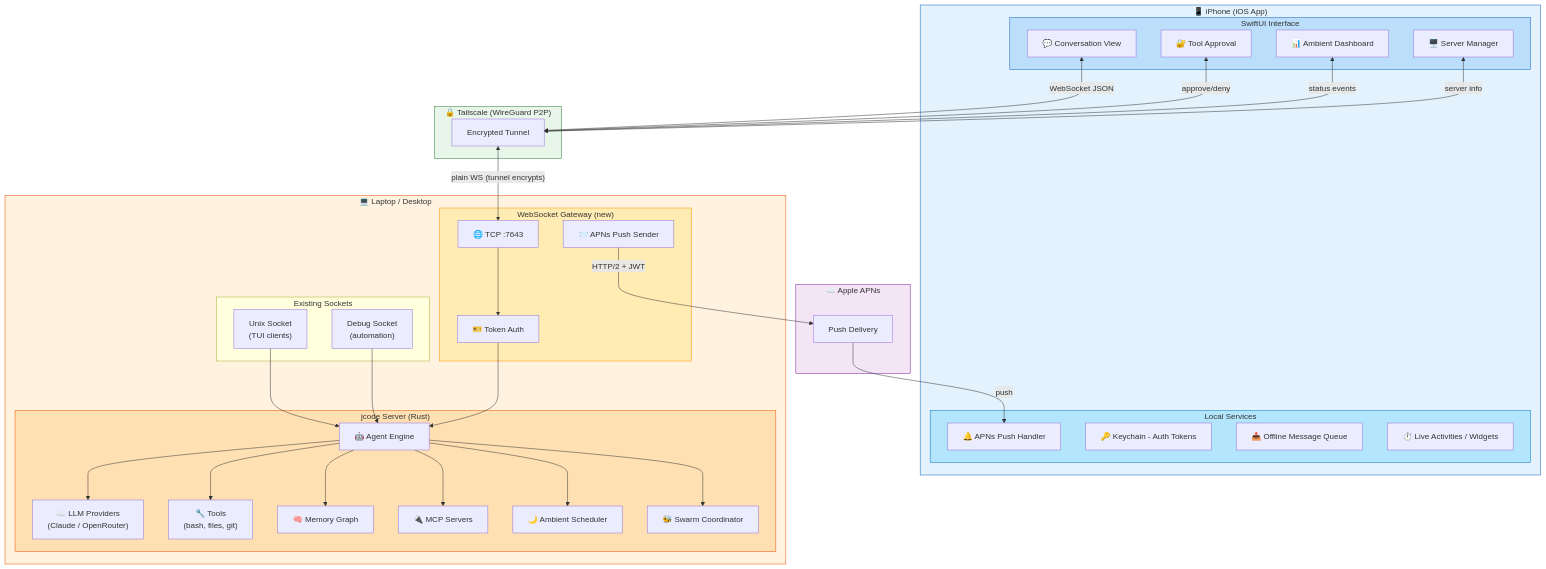
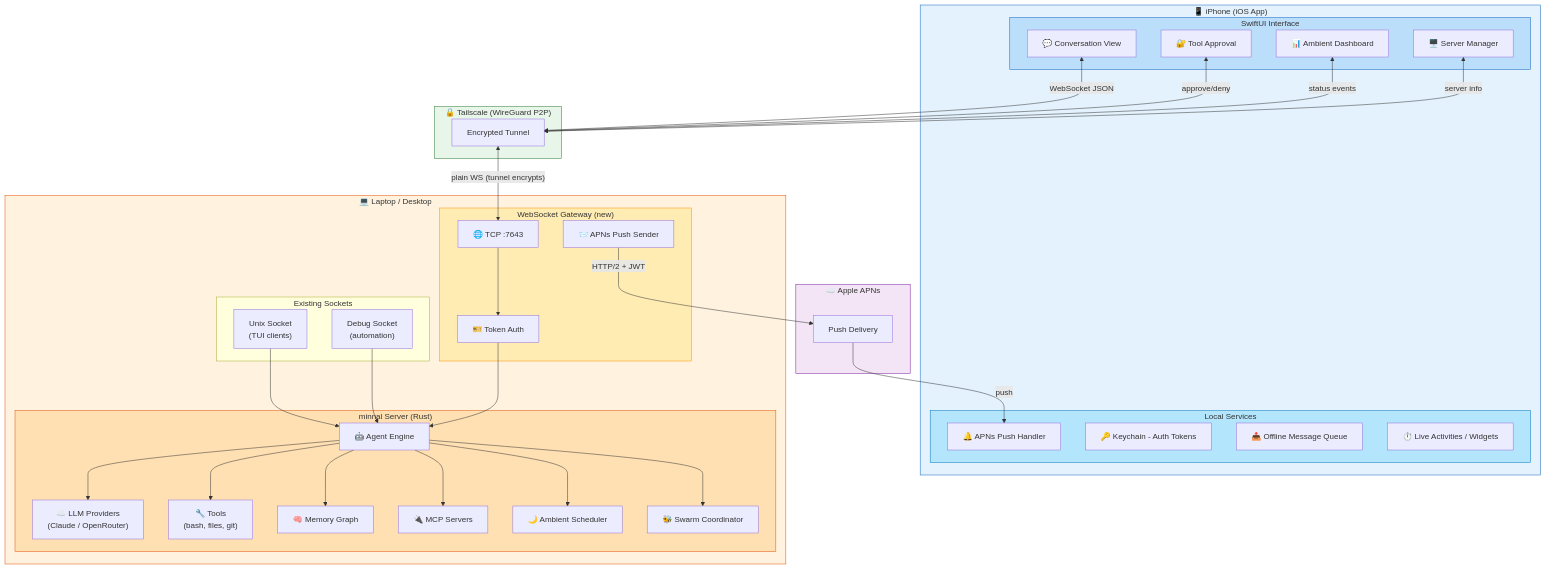
One commit to iamrohithrnair/minnal changed the first of 2 diagrams in docs/IOS_CLIENT.md. Above: the diagram before and after it, drawn with Mermaid. The commit also changed other lines of this file and 918 other files, not shown here.

````diff
--- a/docs/IOS_CLIENT.md
+++ b/docs/IOS_CLIENT.md
@@ -23,72 +23,72 @@
 ```mermaid
 graph TB
     subgraph iPhone ["📱 iPhone (iOS App)"]
         subgraph SwiftUI ["SwiftUI Interface"]
             CV[💬 Conversation View]
             TA[🔐 Tool Approval]
             AD[📊 Ambient Dashboard]
             SM[🖥️ Server Manager]
         end
         subgraph LocalSvc ["Local Services"]
             APNs_H[🔔 APNs Push Handler]
             KC[🔑 Keychain - Auth Tokens]
             OQ[📤 Offline Message Queue]
             LA[⏱️ Live Activities / Widgets]
         end
     end
 
     subgraph TS ["🔒 Tailscale (WireGuard P2P)"]
         TUN[Encrypted Tunnel]
     end
 
     subgraph Apple ["☁️ Apple APNs"]
         APNs[Push Delivery]
     end
 
     subgraph Laptop ["💻 Laptop / Desktop"]
         subgraph GW ["WebSocket Gateway (new)"]
             WS["🌐 TCP :7643"]
             AUTH[🎫 Token Auth]
             PUSH[📨 APNs Push Sender]
         end
-        subgraph Srv ["jcode Server (Rust)"]
+        subgraph Srv ["minnal Server (Rust)"]
             AG[🤖 Agent Engine]
             LLM["☁️ LLM Providers\n(Claude / OpenRouter)"]
             TOOLS["🔧 Tools\n(bash, files, git)"]
             MEM[🧠 Memory Graph]
             MCP[🔌 MCP Servers]
             AMB[🌙 Ambient Scheduler]
             SWARM[🐝 Swarm Coordinator]
         end
         subgraph Existing ["Existing Sockets"]
             US["Unix Socket\n(TUI clients)"]
             DS["Debug Socket\n(automation)"]
         end
     end
 
     CV <-->|WebSocket JSON| TUN
     TA <-->|approve/deny| TUN
     AD <-->|status events| TUN
     SM <-->|server info| TUN
     TUN <-->|"plain WS (tunnel encrypts)"| WS
     WS --> AUTH --> AG
     AG --> LLM
     AG --> TOOLS
     AG --> MEM
     AG --> MCP
     AG --> AMB
     AG --> SWARM
     PUSH -->|"HTTP/2 + JWT"| APNs
     APNs -->|push| APNs_H
     US --> AG
     DS --> AG
 
     style iPhone fill:#e3f2fd,stroke:#1565c0
     style TS fill:#e8f5e9,stroke:#2e7d32
     style Laptop fill:#fff3e0,stroke:#e65100
     style Apple fill:#f3e5f5,stroke:#7b1fa2
     style GW fill:#ffecb3,stroke:#ff8f00
     style Srv fill:#ffe0b2,stroke:#e65100
     style SwiftUI fill:#bbdefb,stroke:#1565c0
     style LocalSvc fill:#b3e5fc,stroke:#0277bd
 ```
````
